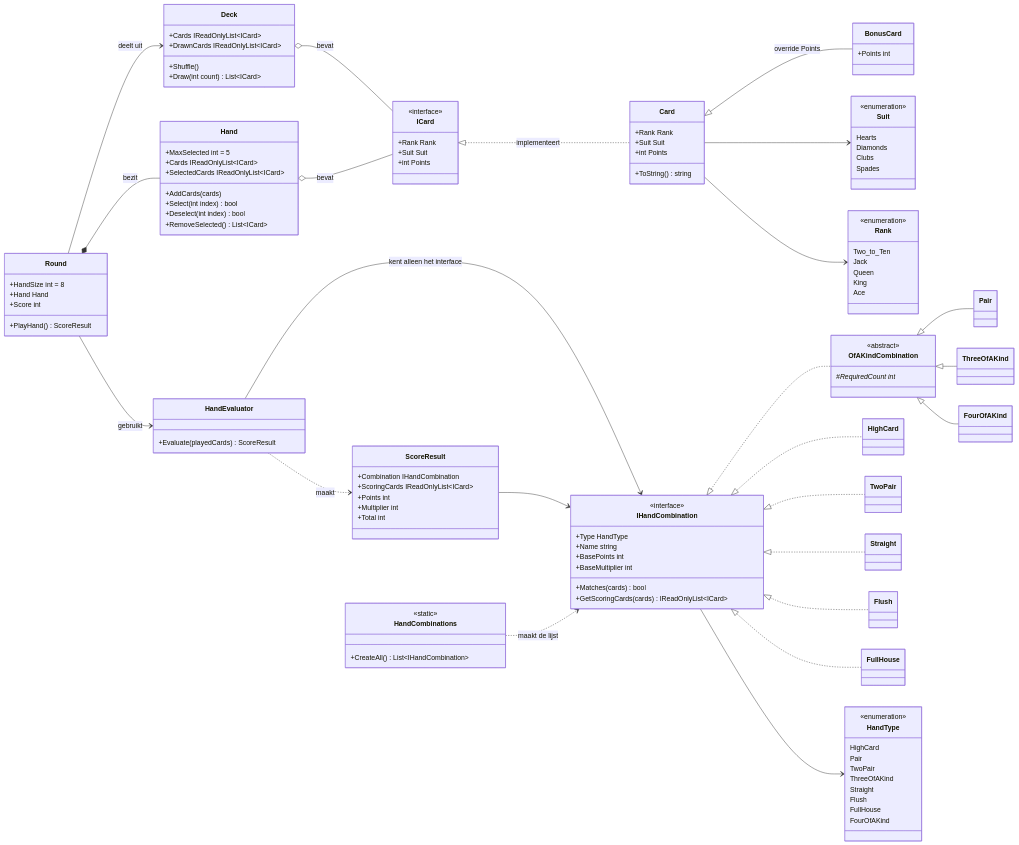
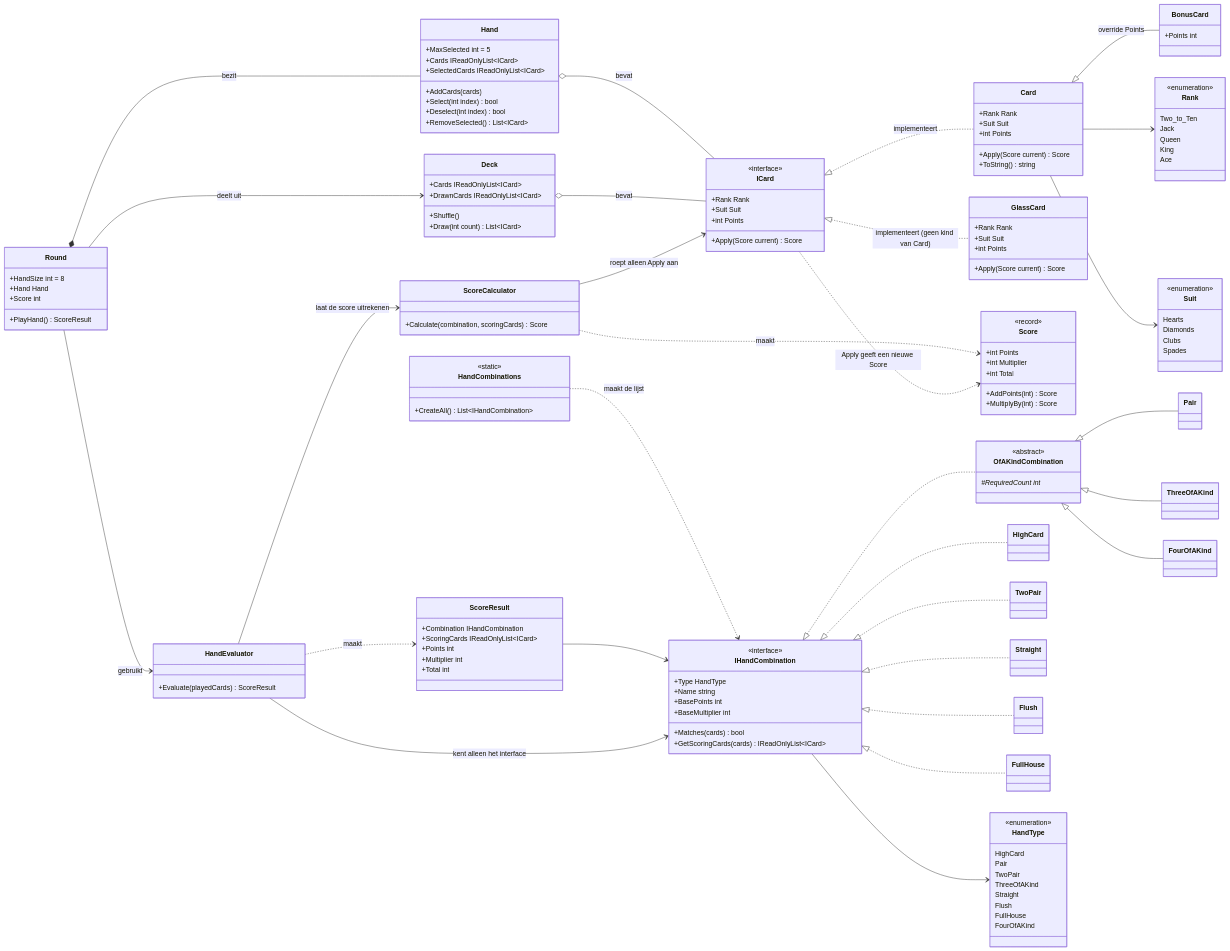
One commit to Esimaker/Balatro-Project changed the diagram in docs/klassendiagram.md. Above: the diagram before and after it, drawn with Mermaid. The commit also changed other lines of this file and 2 other files, not shown here.

Commit message:
README and diagrams: Score, ICard.Apply, GlassCard and ScoreCalculator

```diff
--- a/docs/klassendiagram.md
+++ b/docs/klassendiagram.md
@@ -13,15 +13,31 @@
         +Rank Rank
         +Suit Suit
         +int Points
+        +Apply(Score current) Score
     }
     class Card {
         +Rank Rank
         +Suit Suit
         +int Points
+        +Apply(Score current) Score
         +ToString() string
     }
     class BonusCard {
         +Points int
+    }
+    class GlassCard {
+        +Rank Rank
+        +Suit Suit
+        +int Points
+        +Apply(Score current) Score
+    }
+    class Score {
+        <<record>>
+        +int Points
+        +int Multiplier
+        +int Total
+        +AddPoints(int) Score
+        +MultiplyBy(int) Score
     }
     class Deck {
         +Cards IReadOnlyList~ICard~
@@ -63,6 +79,9 @@
     }
     class HandEvaluator {
         +Evaluate(playedCards) ScoreResult
+    }
+    class ScoreCalculator {
+        +Calculate(combination, scoringCards) Score
     }
     class ScoreResult {
         +Combination IHandCombination
@@ -110,7 +129,11 @@
 
     %% ---------- Relations ----------
     ICard <|.. Card : implementeert
+    ICard <|.. GlassCard : implementeert (geen kind van Card)
     Card <|-- BonusCard : override Points
+    ICard ..> Score : Apply geeft een nieuwe Score
+    ScoreCalculator ..> Score : maakt
+    ScoreCalculator --> ICard : roept alleen Apply aan
     Card --> Rank
     Card --> Suit
     Deck o-- ICard : bevat
@@ -120,6 +143,7 @@
     Round *-- Hand : bezit
     Round --> HandEvaluator : gebruikt
     HandEvaluator --> IHandCombination : kent alleen het interface
+    HandEvaluator --> ScoreCalculator : laat de score uitrekenen
     HandEvaluator ..> ScoreResult : maakt
     ScoreResult --> IHandCombination
     HandCombinations ..> IHandCombination : maakt de lijst
```
